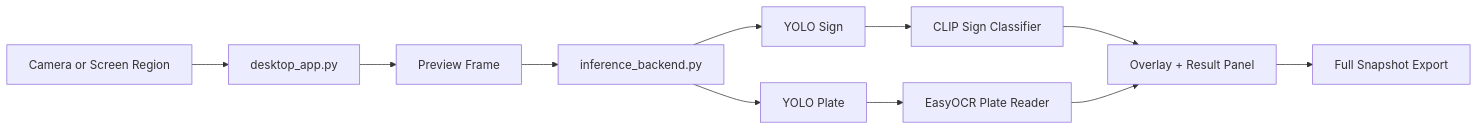
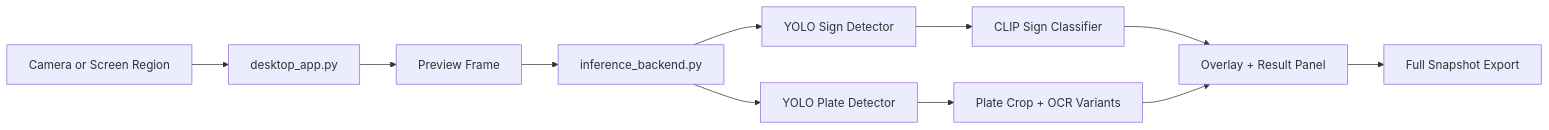
One commit to NguyenPhong2912/TrafficSignSVN changed the diagram in README.md. Above: the diagram before and after it, drawn with Mermaid. The commit also changed other lines of this file, not shown here.

````diff
--- a/README.md
+++ b/README.md
@@ -57,13 +86,13 @@
 ```mermaid
 flowchart LR
     A[Camera or Screen Region] --> B[desktop_app.py]
     B --> C[Preview Frame]
     C --> D[inference_backend.py]
-    D --> E[YOLO Sign]
-    D --> F[YOLO Plate]
+    D --> E[YOLO Sign Detector]
+    D --> F[YOLO Plate Detector]
     E --> G[CLIP Sign Classifier]
-    F --> H[EasyOCR Plate Reader]
+    F --> H[Plate Crop + OCR Variants]
     G --> I[Overlay + Result Panel]
     H --> I
     I --> J[Full Snapshot Export]
 ```
````
